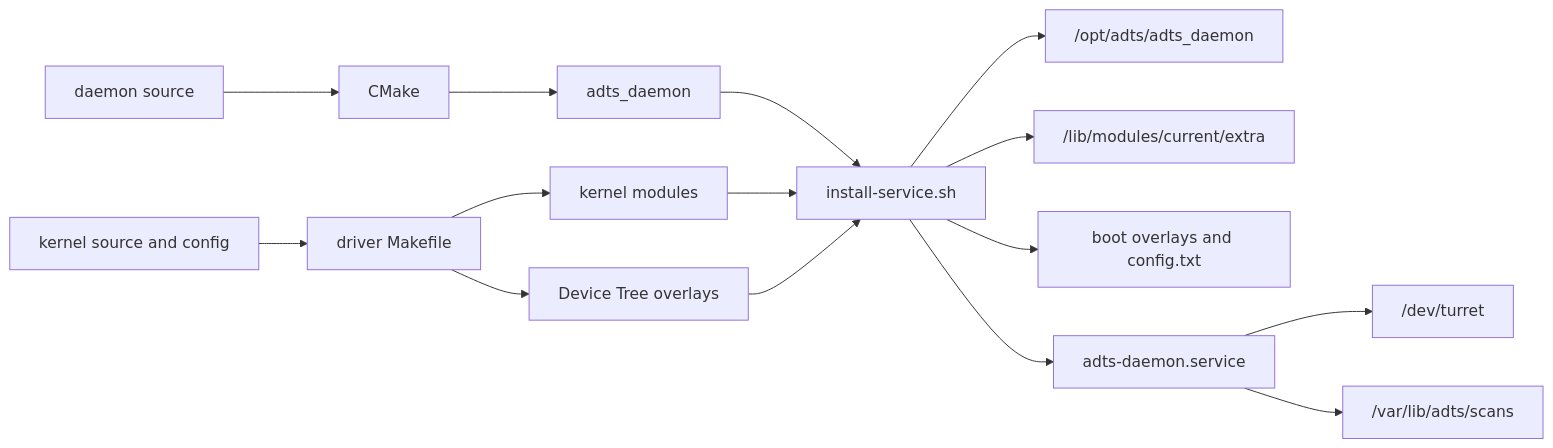
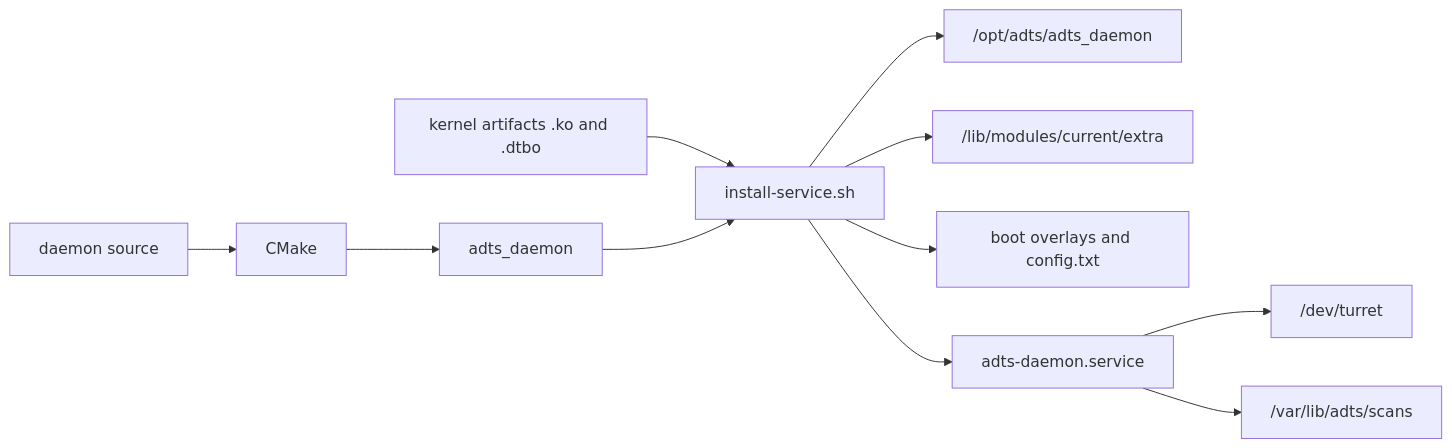
One commit to VEDA-4th-Oppenheimer/docs changed the diagram in guides/rpi-daemon-build-and-deploy.md. Above: the diagram before and after it, drawn with Mermaid. The commit also changed other lines of this file and 4 other files, not shown here.

````diff
--- a/guides/rpi-daemon-build-and-deploy.md
+++ b/guides/rpi-daemon-build-and-deploy.md
@@ -20,17 +22,13 @@
 ```mermaid
 flowchart LR
   SRC[daemon source] --> CM[CMake]
   CM --> BIN[adts_daemon]
-  KS[kernel source and config] --> KM[driver Makefile]
-  KM --> KO[kernel modules]
-  KM --> DTBO[Device Tree overlays]
+  KART[kernel artifacts .ko and .dtbo] --> INST
   BIN --> INST[install-service.sh]
-  KO --> INST
-  DTBO --> INST
   INST --> OPT["/opt/adts/adts_daemon"]
   INST --> MOD["/lib/modules/current/extra"]
   INST --> BOOT[boot overlays and config.txt]
   INST --> UNIT[adts-daemon.service]
   UNIT --> DEV["/dev/turret"]
   UNIT --> OUT["/var/lib/adts/scans"]
 ```
````
